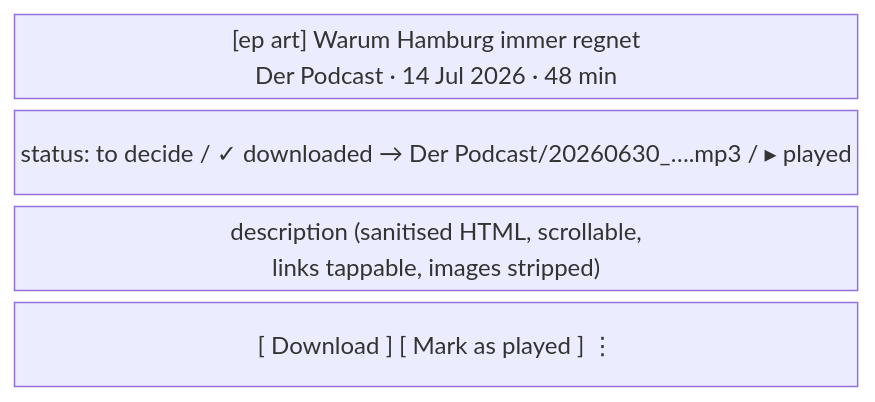
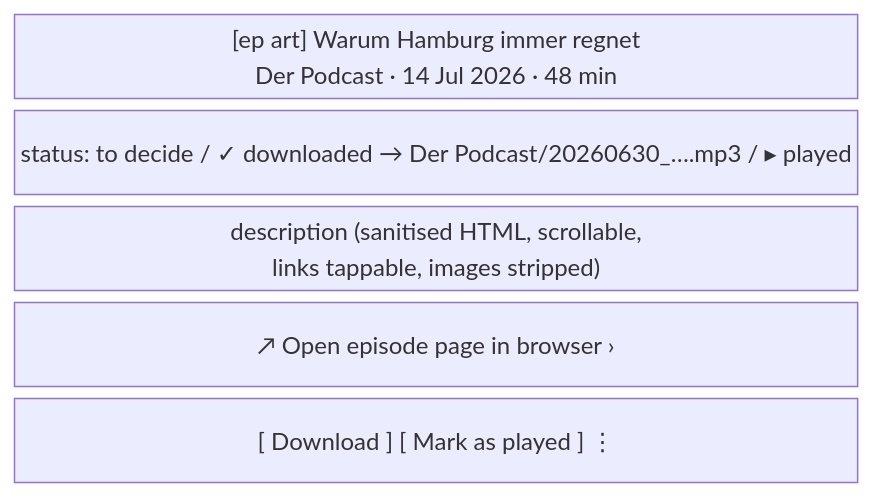
Before and after one commit to drehtuer/podsilo: the fifth of 13 diagrams in docs/UI.md, drawn with Mermaid. The commit also changed other lines of this file and 40 other files, not shown here.

````diff
--- a/docs/UI.md
+++ b/docs/UI.md
@@ -334,8 +338,9 @@
 ```mermaid
 block-beta
   columns 1
   h["[ep art]  Warum Hamburg immer regnet\n           Der Podcast · 14 Jul 2026 · 48 min"]
   s["status: to decide   /   ✓ downloaded → Der Podcast/20260630_….mp3   /   ▸ played"]
   d["description (sanitised HTML, scrollable,\nlinks tappable, images stripped)"]
+  l["↗ Open episode page in browser                    ›"]
   a["[ Download ]   [ Mark as played ]        ⋮"]
 ```
````
